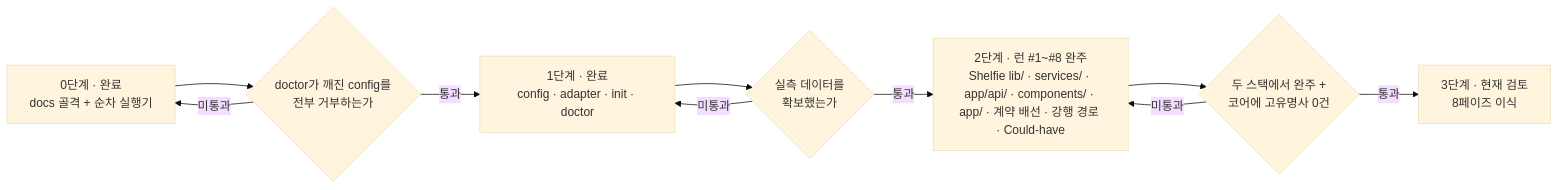
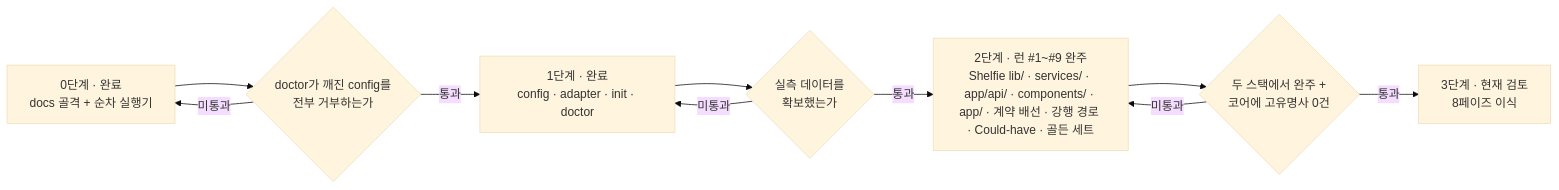
The first of 2 diagrams in docs/harness/ROADMAP.md (hyuham1335-stack/banana-island-ops), drawn with Mermaid (base theme) before and after one commit. The commit also changed other lines of this file and 3 other files, not shown here.

````diff
--- a/docs/harness/ROADMAP.md
+++ b/docs/harness/ROADMAP.md
@@ -54,18 +54,18 @@
 ```mermaid
 flowchart LR
     S0["0단계 · 완료<br/>docs 골격 + 순차 실행기"]
     S1["1단계 · 완료<br/>config · adapter · init · doctor"]
-    S2["2단계 · 런 #1~#8 완주<br/>Shelfie lib/ · services/ · app/api/ · components/ · app/ · 계약 배선 · 강행 경로 · Could-have"]
+    S2["2단계 · 런 #1~#9 완주<br/>Shelfie lib/ · services/ · app/api/ · components/ · app/ · 계약 배선 · 강행 경로 · Could-have · 골든 세트"]
     S3["3단계 · 현재 검토<br/>8페이즈 이식"]
 
     S0 --> G1{"doctor가 깨진 config를<br/>전부 거부하는가"}
     G1 -->|통과| S1
     S1 --> G2{"실측 데이터를<br/>확보했는가"}
     G2 -->|통과| S2
     S2 --> G3{"두 스택에서 완주 +<br/>코어에 고유명사 0건"}
     G3 -->|통과| S3
 
     G1 -->|미통과| S0
     G2 -->|미통과| S1
     G3 -->|미통과| S2
 ```
````
